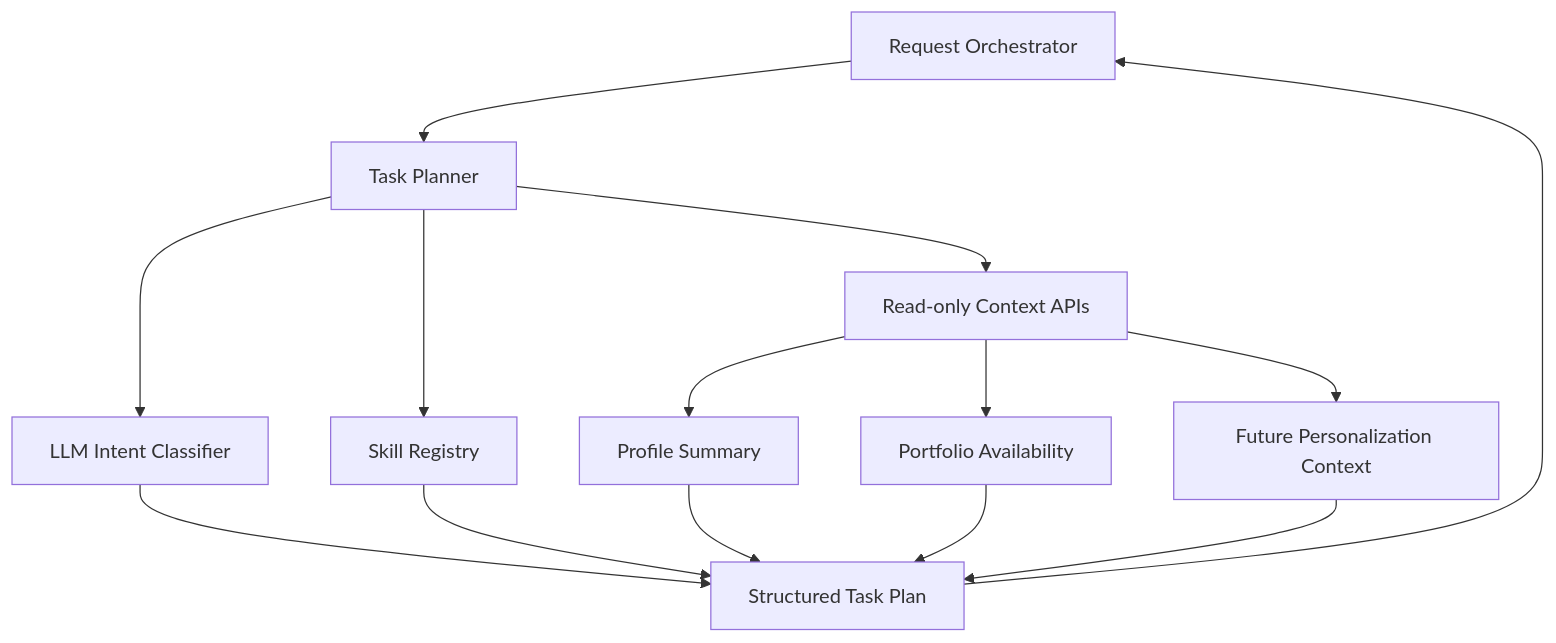
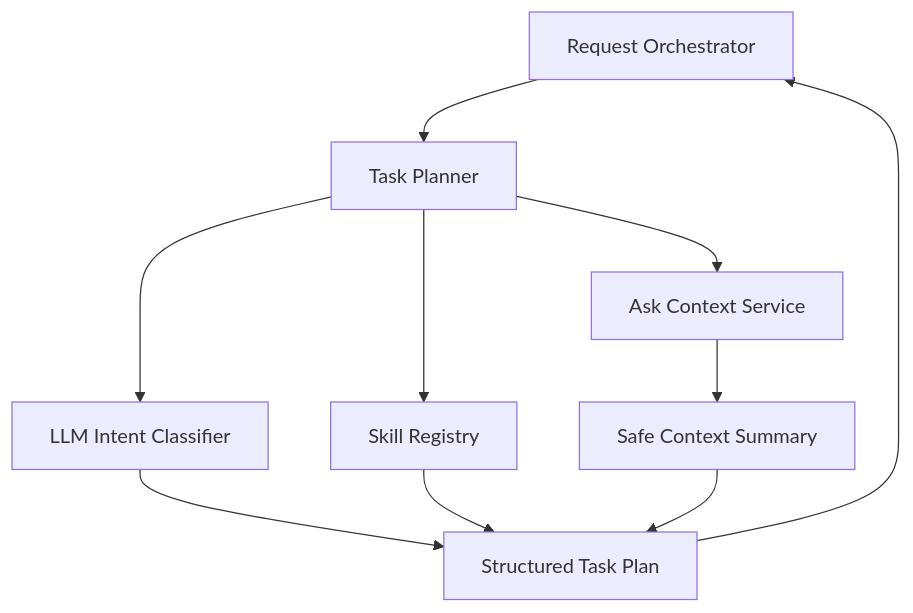
One commit to akashnits/ted-monorepo changed the diagram in docs/tasks/03-task-planner.md. Above: the diagram before and after it, drawn with Mermaid. The commit also changed other lines of this file and 1 other file, not shown here.

Commit message:
Clarify planner and context flow

````diff
--- a/docs/tasks/03-task-planner.md
+++ b/docs/tasks/03-task-planner.md
@@ -18,16 +18,12 @@
 ```mermaid
 flowchart TD
     Orchestrator[Request Orchestrator] --> Planner[Task Planner]
     Planner --> LLM[LLM Intent Classifier]
     Planner --> Skills[Skill Registry]
-    Planner --> ContextAPI[Read-only Context APIs]
-    ContextAPI --> Profile[Profile Summary]
-    ContextAPI --> Portfolio[Portfolio Availability]
-    ContextAPI --> FutureContext[Future Personalization Context]
+    Planner --> Context[Ask Context Service]
+    Context --> Summary[Safe Context Summary]
     LLM --> Plan[Structured Task Plan]
     Skills --> Plan
-    Profile --> Plan
-    Portfolio --> Plan
-    FutureContext --> Plan
+    Summary --> Plan
     Plan --> Orchestrator
 ```
````
